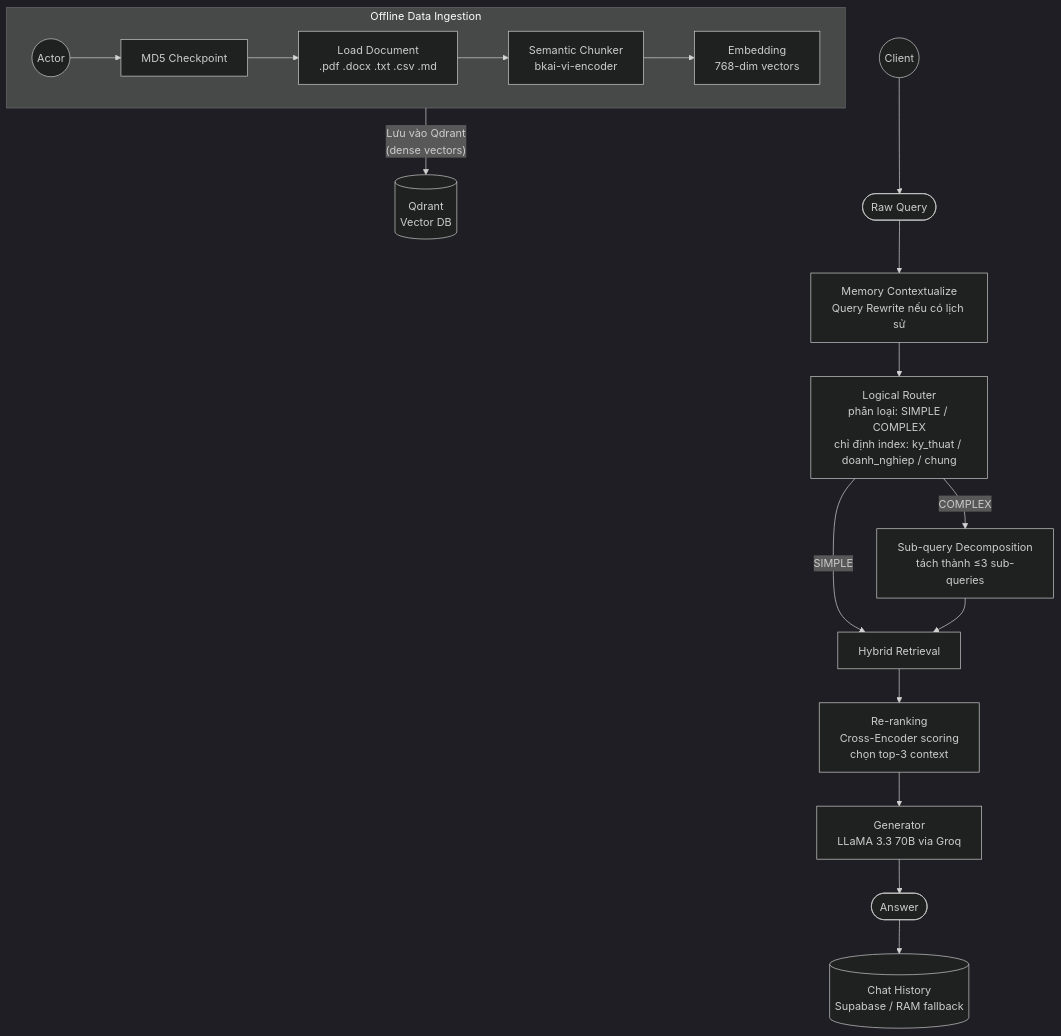
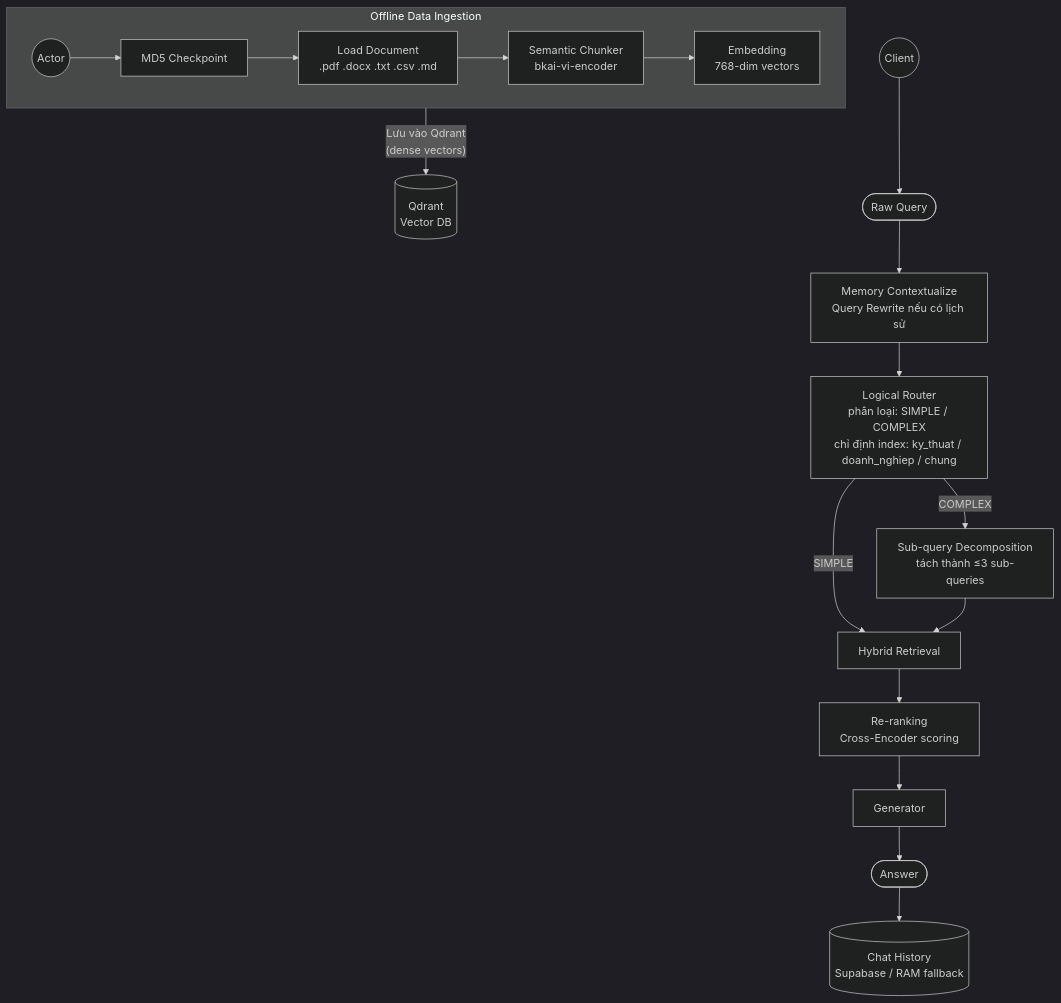
Before and after one commit to DusTran0804/Rag_ChatBot: the diagram in README.md, drawn with Mermaid (dark theme).

````diff
--- a/README.md
+++ b/README.md
@@ -23,30 +23,30 @@
 ```mermaid
 flowchart TD
     %% Ingestion Pipeline
     subgraph Ingestion ["Offline Data Ingestion"]
         direction LR
         A1((Actor)) --> B1[MD5 Checkpoint]
         B1 --> B2[Load Document\n.pdf .docx .txt .csv .md]
         B2 --> C1[Semantic Chunker\nbkai-vi-encoder]
         C1 --> D1[Embedding\n768-dim vectors]
     end
 
     D1 -- "Lưu vào Qdrant\n(dense vectors)" --> VDB[(Qdrant\nVector DB)]
 
     %% Query Pipeline
     U1((Client)) --> Q1([Raw Query])
 
     Q1 --> MEM["Memory Contextualize\nQuery Rewrite nếu có lịch sử"]
     MEM --> QR["Logical Router\nphân loại: SIMPLE / COMPLEX\nchỉ định index: ky_thuat / doanh_nghiep / chung"]
 
     QR -- "SIMPLE" --> RET
     QR -- "COMPLEX" --> QT["Sub-query Decomposition\ntách thành ≤3 sub-queries"]
     QT --> RET
 
-    RET["Hybrid Retrieval"] --> RRK["Re-ranking\nCross-Encoder scoring\nchọn top-3 context"]
+    RET["Hybrid Retrieval"] --> RRK["Re-ranking\nCross-Encoder scoring"]
 
-    RRK --> GEN["Generator\nLLaMA 3.3 70B via Groq"]
+    RRK --> GEN["Generator"]
     GEN --> ANS([Answer])
 
     ANS --> DB[("Chat History\nSupabase / RAM fallback")]
 ```
````
